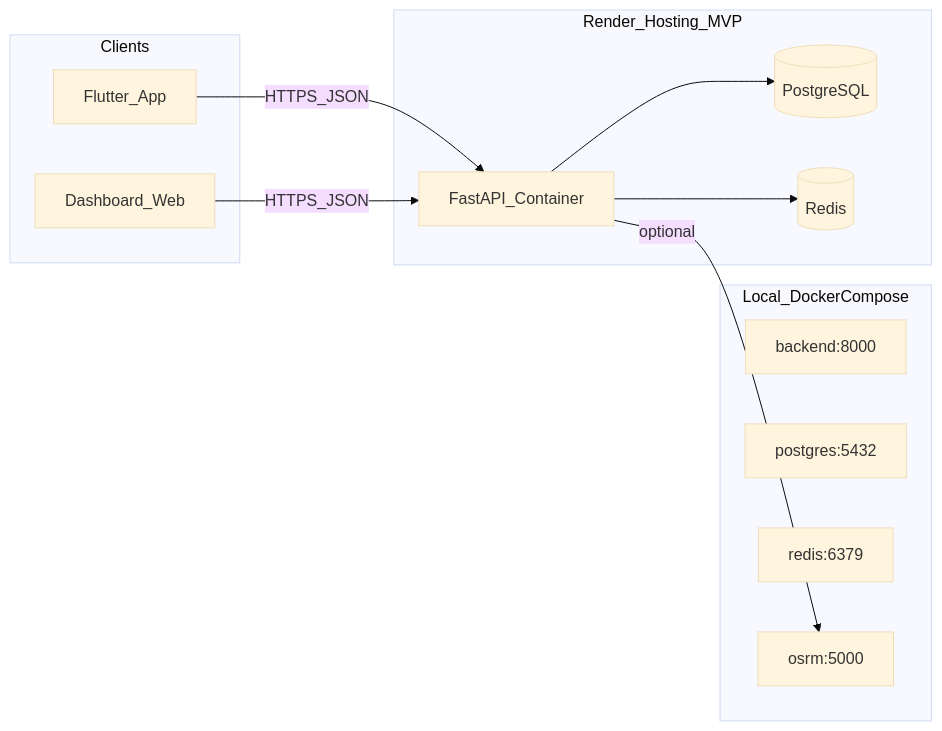
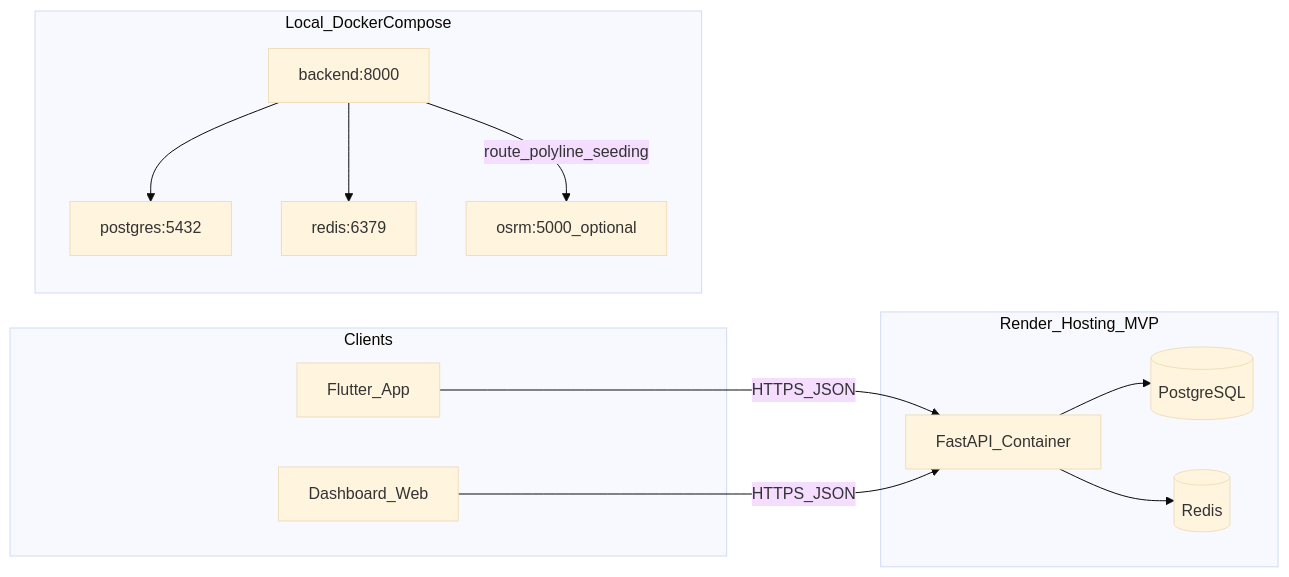
The second of 8 diagrams in docs/03_SYSTEM_ARCHITECTURE.md (nithishkumar2022020/MealsOnWheels), drawn with Mermaid (base theme) before and after one commit. The commit also changed other lines of this file and 16 other files, not shown here.

````diff
--- a/docs/03_SYSTEM_ARCHITECTURE.md
+++ b/docs/03_SYSTEM_ARCHITECTURE.md
@@ -62,26 +62,29 @@
 ```mermaid
 flowchart LR
   subgraph clients [Clients]
     Flutter[Flutter_App]
     DashWeb[Dashboard_Web]
   end
 
   subgraph render [Render_Hosting_MVP]
     WebSvc[FastAPI_Container]
     PG[(PostgreSQL)]
     Redis[(Redis)]
   end
 
   subgraph localDev [Local_DockerCompose]
     DevAPI[backend:8000]
     DevPG[postgres:5432]
     DevRedis[redis:6379]
-    DevOSRM[osrm:5000]
+    DevOSRM[osrm:5000_optional]
   end
 
   Flutter -->|HTTPS_JSON| WebSvc
   DashWeb -->|HTTPS_JSON| WebSvc
   WebSvc --> PG
   WebSvc --> Redis
-  WebSvc -->|optional| DevOSRM
+
+  DevAPI --> DevPG
+  DevAPI --> DevRedis
+  DevAPI -->|route_polyline_seeding| DevOSRM
 ```
````
